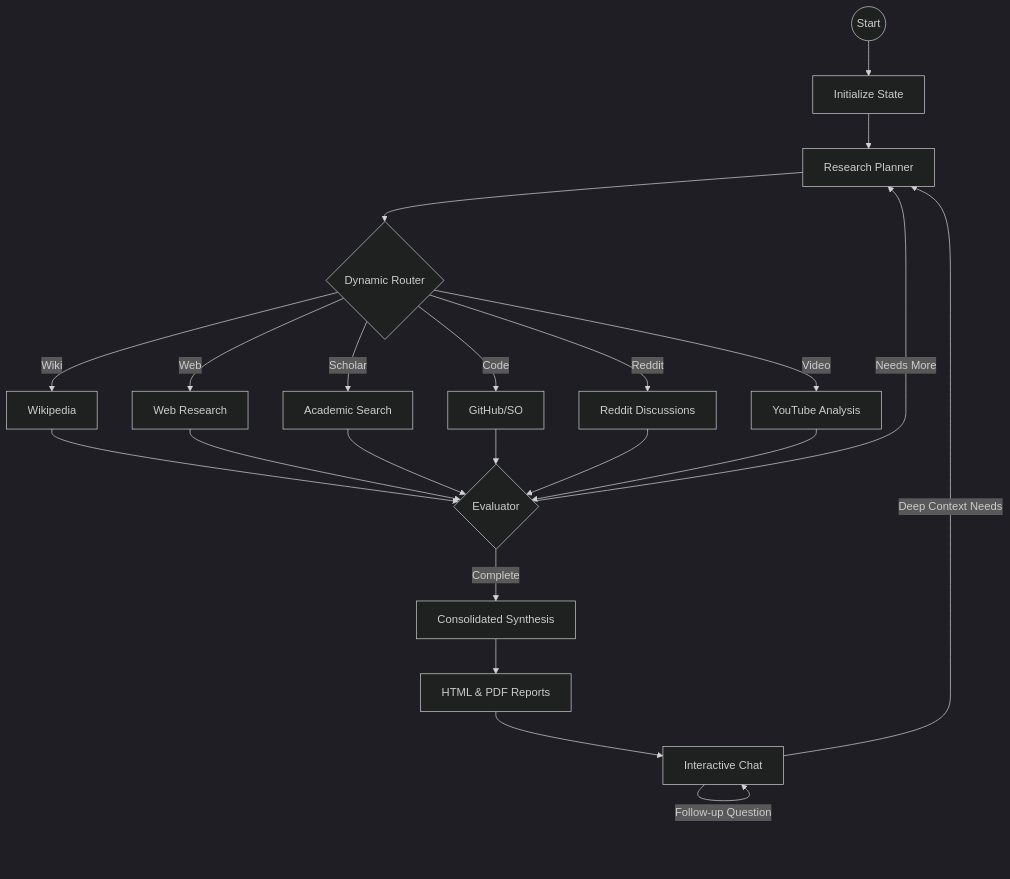
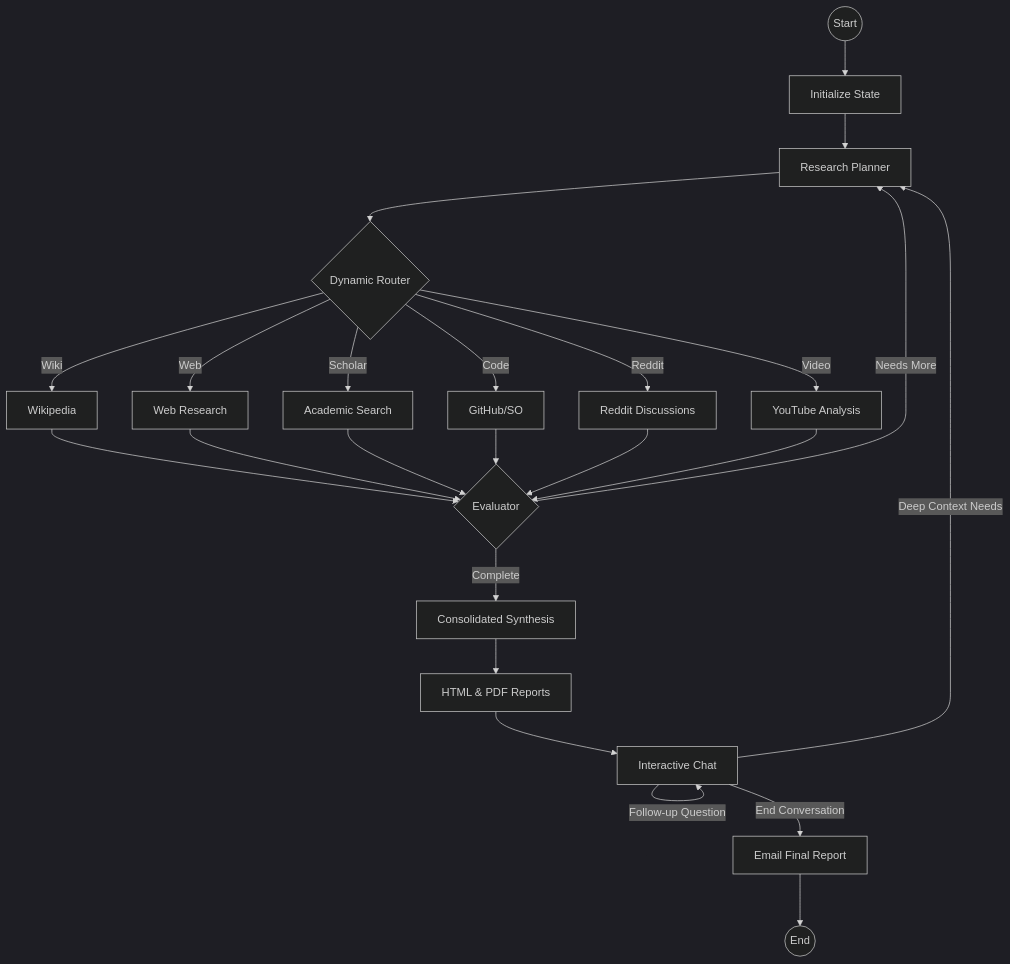
Before and after one commit to RobertoDeLaCamara/Research-Agent: the diagram in README.md, drawn with Mermaid (dark theme). The commit also changed 1 other file, not shown here.

Commit message:
feat: Updated README.md  architecture diagram and IMPROVEMENTS.md  to document the email optimization phase.

````diff
--- a/README.md
+++ b/README.md
@@ -26,22 +26,24 @@
 ```mermaid
 graph TD
     Start((Start)) --> Init[Initialize State]
     Init --> Plan[Research Planner]
     Plan --> Router{Dynamic Router}
     
     Router -->|Wiki| Wiki[Wikipedia]
     Router -->|Web| Web[Web Research]
     Router -->|Scholar| Scholar[Academic Search]
     Router -->|Code| Code[GitHub/SO]
     Router -->|Reddit| Reddit[Reddit Discussions]
     Router -->|Video| Video[YouTube Analysis]
     
     Wiki & Web & Scholar & Code & Reddit & Video --> Eval{Evaluator}
     Eval -->|Needs More| Plan
     Eval -->|Complete| Synthesis[Consolidated Synthesis]
     
     Synthesis --> Reports[HTML & PDF Reports]
     Reports --> Chat[Interactive Chat]
     Chat -->|Follow-up Question| Chat
     Chat -->|Deep Context Needs| Plan
+    Chat -->|End Conversation| Email[Email Final Report]
+    Email --> End((End))
 ```
````
